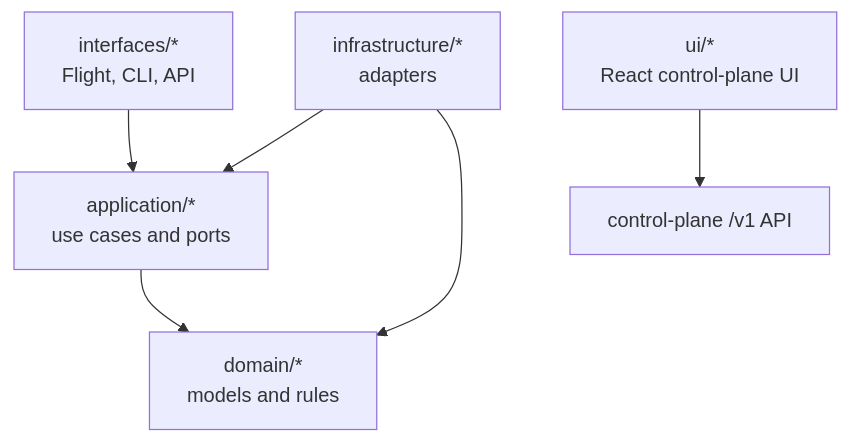
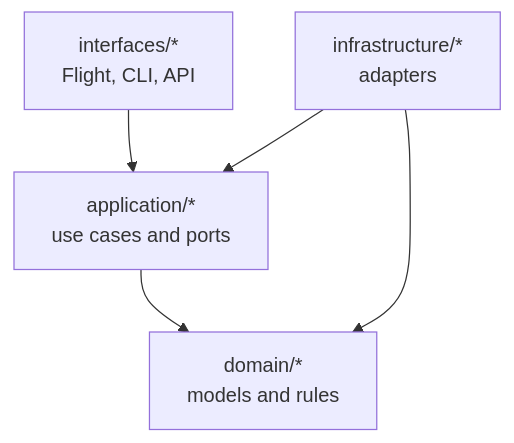
One commit to snithish/dal-obscura changed the first of 2 diagrams in docs/development.md. Above: the diagram before and after it, drawn with Mermaid. The commit also changed other lines of this file and 44 other files, not shown here.

````diff
--- a/docs/development.md
+++ b/docs/development.md
@@ -27,8 +27,7 @@
 ```mermaid
 flowchart TB
     interfaces["interfaces/*\nFlight, CLI, API"] --> app["application/*\nuse cases and ports"]
     app --> domain["domain/*\nmodels and rules"]
     infra["infrastructure/*\nadapters"] --> app
     infra --> domain
-    ui["ui/*\nReact control-plane UI"] --> api["control-plane /v1 API"]
 ```
````
